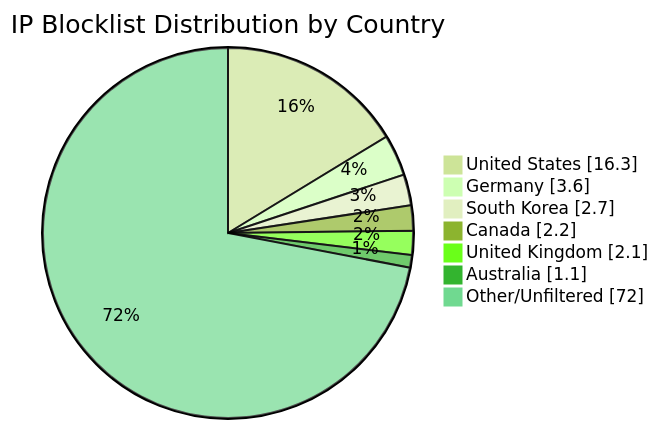
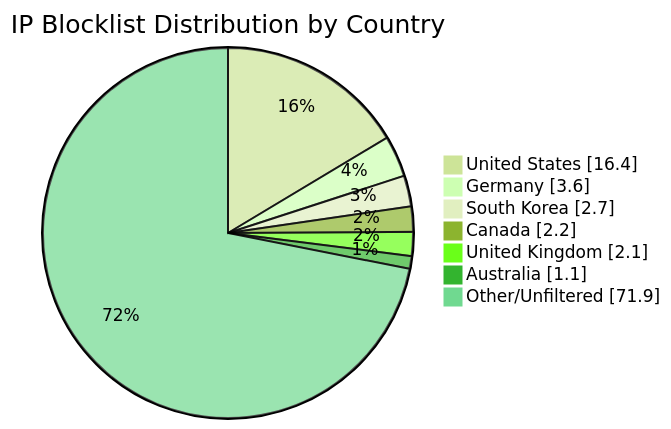
One commit to MarcusHoltz/ipblocklist-geofiltered-aggregator changed the diagram in README.md. Above: the diagram before and after it, drawn with Mermaid (forest theme). The commit also changed other lines of this file and 9 other files, not shown here.

````diff
--- a/README.md
+++ b/README.md
@@ -34,10 +34,10 @@
 ```mermaid
 pie showData title IP Blocklist Distribution by Country
-"United States" : 16.3
+"United States" : 16.4
 "Germany" : 3.6
 "South Korea" : 2.7
 "Canada" : 2.2
 "United Kingdom" : 2.1
 "Australia" : 1.1
-"Other/Unfiltered" : 72.0
+"Other/Unfiltered" : 71.9
 ```
````
